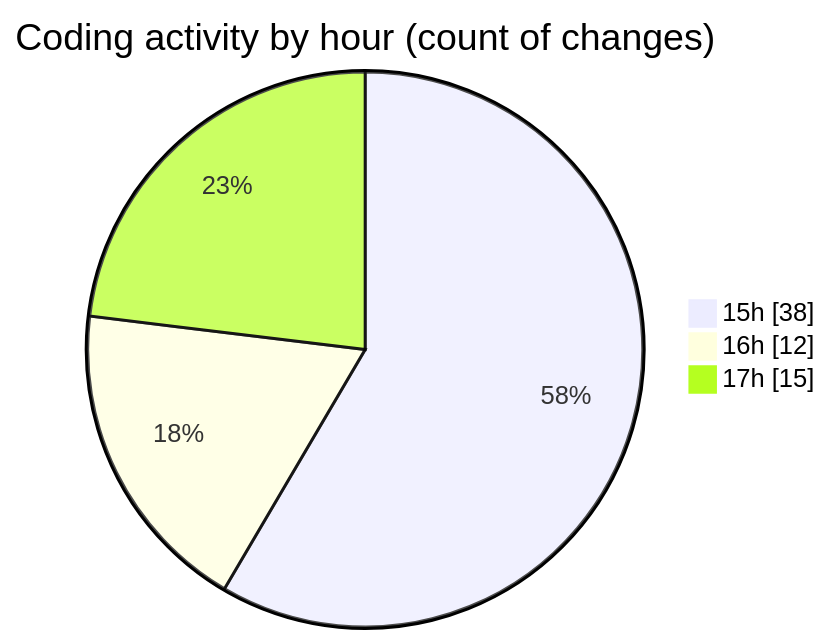
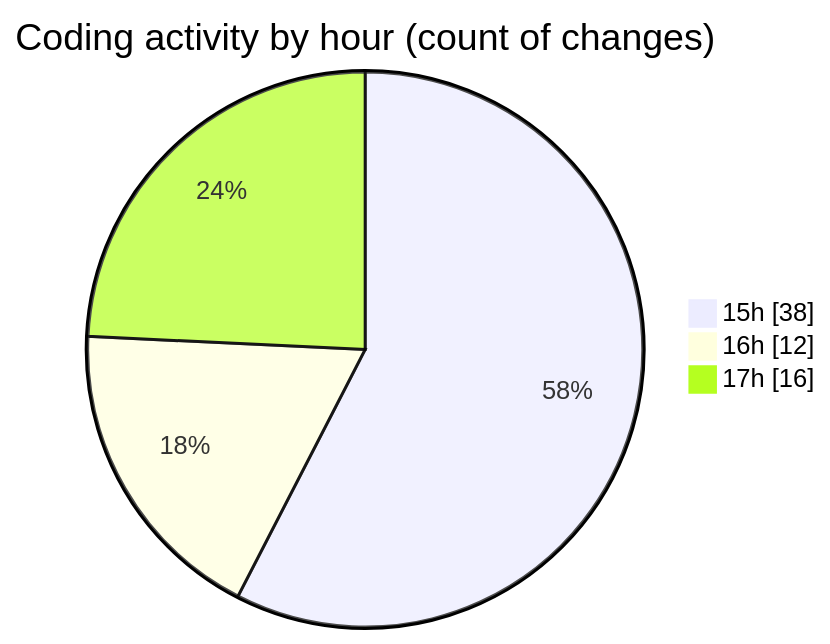
The second of 2 diagrams in 2025-09-08/cashcalculator/README.md (nxtqubesakshisongat/code-tracking), drawn with Mermaid before and after one commit. The commit also changed other lines of this file and 1 other file, not shown here.

````diff
--- a/2025-09-08/cashcalculator/README.md
+++ b/2025-09-08/cashcalculator/README.md
@@ -28,7 +28,7 @@
 ```mermaid
 pie showData
 title Coding activity by hour (count of changes)
 "15h" : 38
 "16h" : 12
-"17h" : 15
+"17h" : 16
 ```
````
